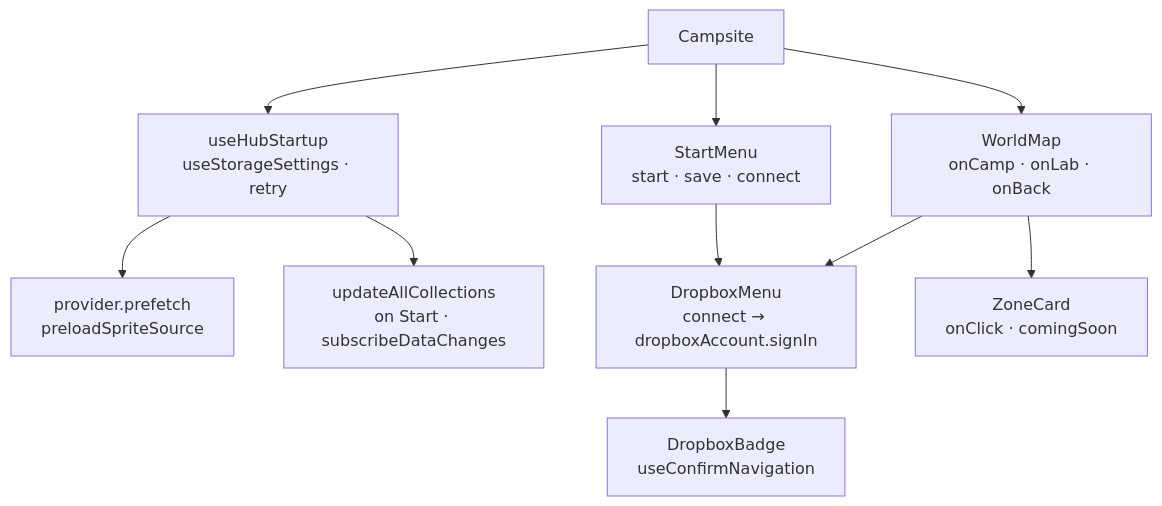
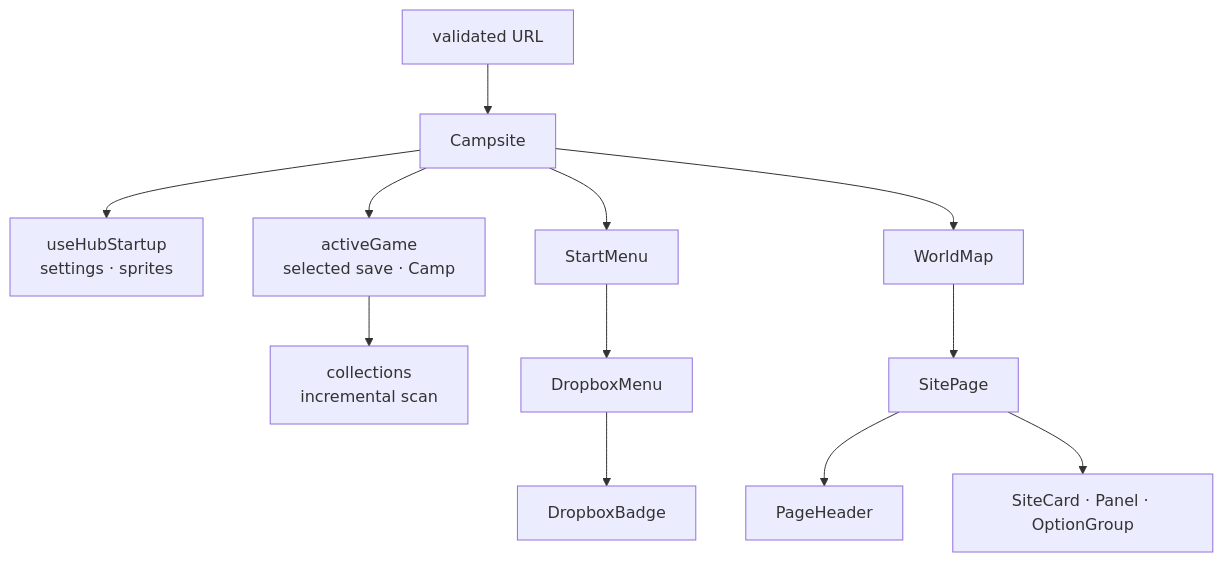
Before and after one commit to MercuryEnigma/pkcamp: the diagram in src/pages/hub/ARCHITECTURE.md, drawn with Mermaid. The commit also changed other lines of this file and 107 other files, not shown here.

````diff
--- a/src/pages/hub/ARCHITECTURE.md
+++ b/src/pages/hub/ARCHITECTURE.md
@@ -17,11 +17,14 @@
 ```mermaid
 flowchart TB
-  Shell["Campsite"] --> Startup["useHubStartup<br/>useStorageSettings · retry"]
-  Startup --> Load["provider.prefetch<br/>preloadSpriteSource"]
-  Startup --> Collections["updateAllCollections<br/>on Start · subscribeDataChanges"]
-  Shell --> Start["StartMenu<br/>start · save · connect"]
-  Shell --> Map["WorldMap<br/>onCamp · onLab · onBack"]
-  Start & Map --> Account["DropboxMenu<br/>connect → dropboxAccount.signIn"]
-  Account --> Badge["DropboxBadge<br/>useConfirmNavigation"]
-  Map --> Card["ZoneCard<br/>onClick · comingSoon"]
+  Route["validated URL"] --> Shell["Campsite"]
+  Shell --> Startup["useHubStartup<br/>settings · sprites"]
+  Shell --> ActiveGame["activeGame<br/>selected save · Camp"]
+  ActiveGame --> Collections["collections<br/>incremental scan"]
+  Shell --> Start["StartMenu"]
+  Shell --> Hub["WorldMap"]
+  Start --> Account["DropboxMenu"]
+  Account --> Badge["DropboxBadge"]
+  Hub --> Page["SitePage"]
+  Page --> Header["PageHeader"]
+  Page --> Cards["SiteCard · Panel · OptionGroup"]
 ```
````
